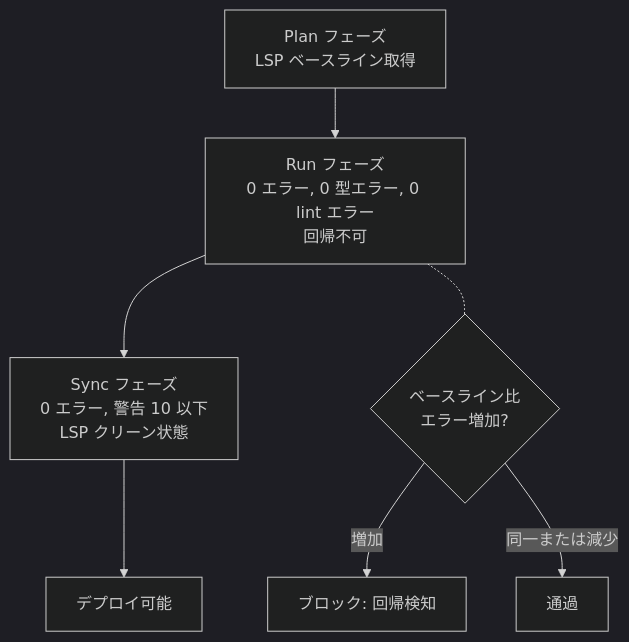
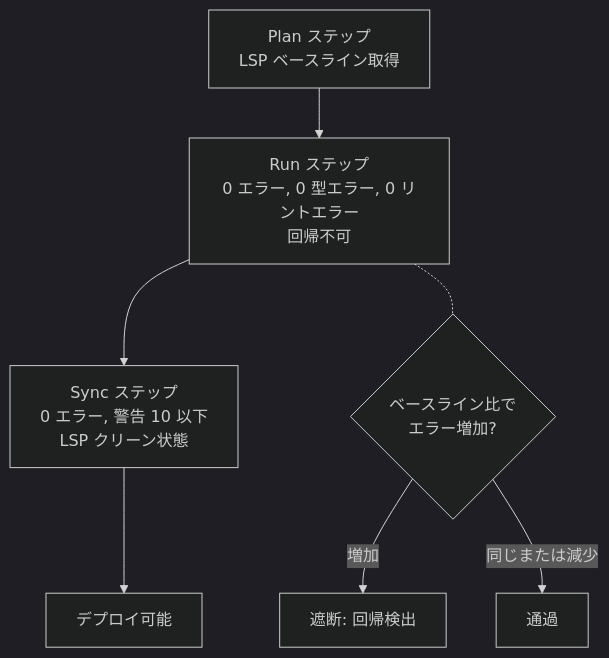
Before and after one commit to modu-ai/moai-adk: the second of 3 diagrams in docs-site/content/ja/core-concepts/trust-5.md, drawn with Mermaid (dark theme). The commit also changed other lines of this file and 180 other files, not shown here.

````diff
--- a/docs-site/content/ja/core-concepts/trust-5.md
+++ b/docs-site/content/ja/core-concepts/trust-5.md
@@ -285,10 +307,10 @@
 ```mermaid
 flowchart TD
-    P["Plan フェーズ\nLSP ベースライン取得"] --> R["Run フェーズ\n0 エラー, 0 型エラー, 0 lint エラー\n回帰不可"]
-    R --> S["Sync フェーズ\n0 エラー, 警告 10 以下\nLSP クリーン状態"]
+    P["Plan ステップ\nLSP ベースライン取得"] --> R["Run ステップ\n0 エラー, 0 型エラー, 0 リントエラー\n回帰不可"]
+    R --> S["Sync ステップ\n0 エラー, 警告 10 以下\nLSP クリーン状態"]
     S --> Deploy["デプロイ可能"]
 
-    R -.- RCheck{"ベースライン比\nエラー増加?"}
-    RCheck -->|"増加"| Block["ブロック: 回帰検知"]
-    RCheck -->|"同一または減少"| Pass["通過"]
+    R -.- RCheck{"ベースライン比で\nエラー増加?"}
+    RCheck -->|"増加"| Block["遮断: 回帰検出"]
+    RCheck -->|"同じまたは減少"| Pass["通過"]
 ```
````
